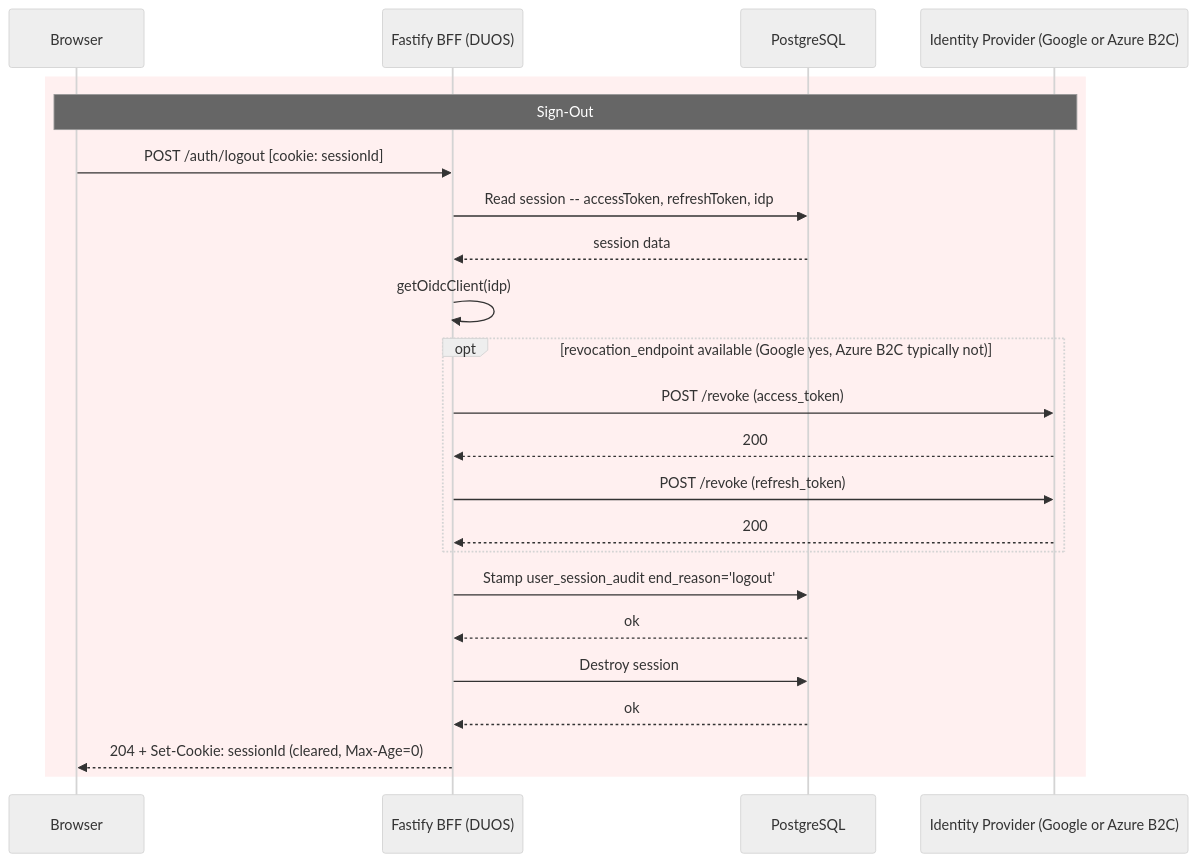
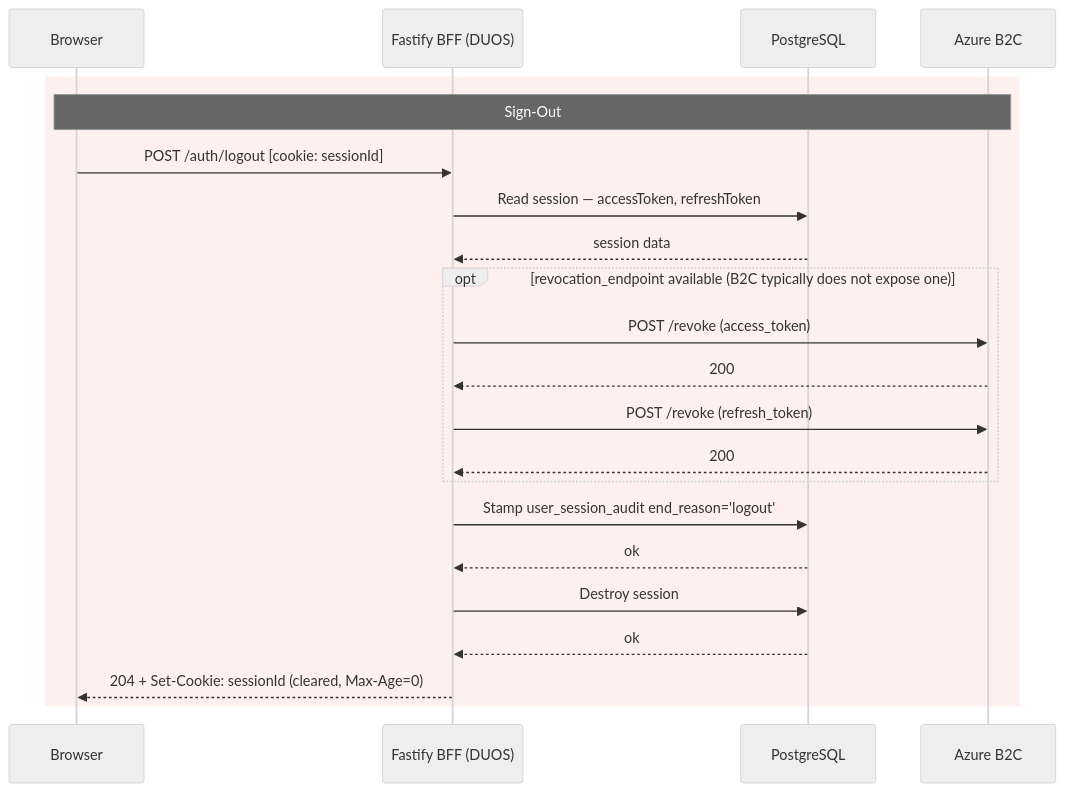
Before and after one commit to DataBiosphere/duos-ui: the third of 3 diagrams in docs/plans/BFF_Overview.md, drawn with Mermaid (neutral theme). The commit also changed other lines of this file and 4 other files, not shown here.

````diff
--- a/docs/plans/BFF_Overview.md
+++ b/docs/plans/BFF_Overview.md
@@ -225,29 +193,28 @@
 ```mermaid
 sequenceDiagram
     participant B   as Browser
     participant BFF as Fastify BFF (DUOS)
     participant PG  as PostgreSQL
-    participant IdP as Identity Provider (Google or Azure B2C)
+    participant B2C as Azure B2C
 
     rect rgb(255, 240, 240)
-        Note over B,IdP: Sign-Out
+        Note over B,B2C: Sign-Out
 
         B->>BFF: POST /auth/logout [cookie: sessionId]
-        BFF->>PG: Read session -- accessToken, refreshToken, idp
+        BFF->>PG: Read session — accessToken, refreshToken
         PG-->>BFF: session data
-        BFF->>BFF: getOidcClient(idp)
 
-        opt revocation_endpoint available (Google yes, Azure B2C typically not)
-            BFF->>IdP: POST /revoke (access_token)
-            IdP-->>BFF: 200
-            BFF->>IdP: POST /revoke (refresh_token)
-            IdP-->>BFF: 200
+        opt revocation_endpoint available (B2C typically does not expose one)
+            BFF->>B2C: POST /revoke (access_token)
+            B2C-->>BFF: 200
+            BFF->>B2C: POST /revoke (refresh_token)
+            B2C-->>BFF: 200
         end
 
         BFF->>PG: Stamp user_session_audit end_reason='logout'
         PG-->>BFF: ok
         BFF->>PG: Destroy session
         PG-->>BFF: ok
         BFF-->>B: 204 + Set-Cookie: sessionId (cleared, Max-Age=0)
     end
 ```
````
